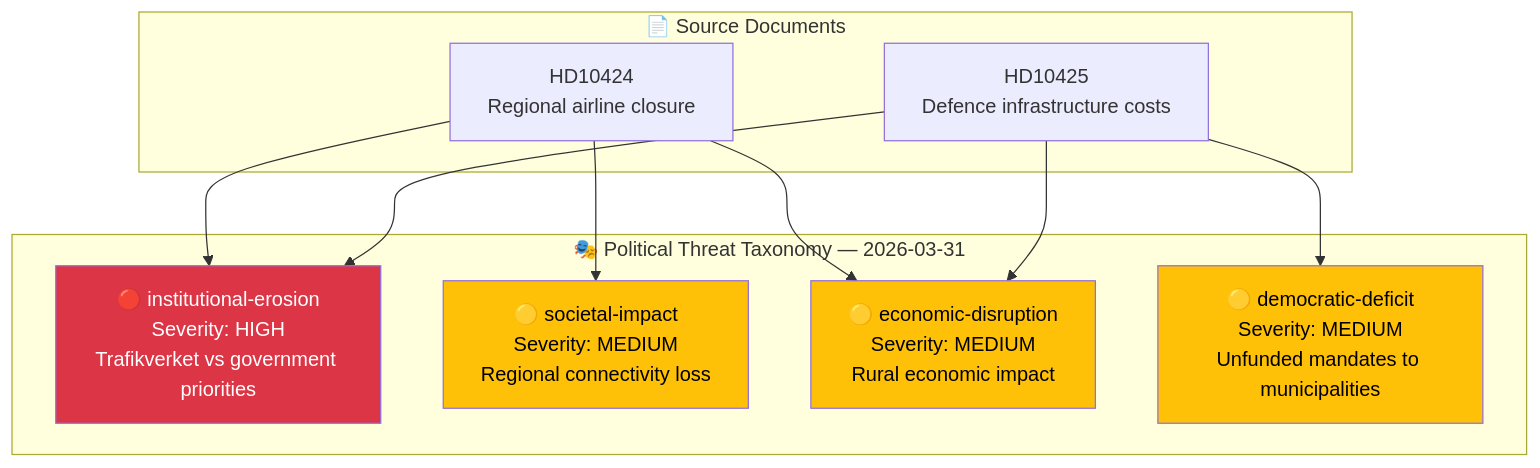
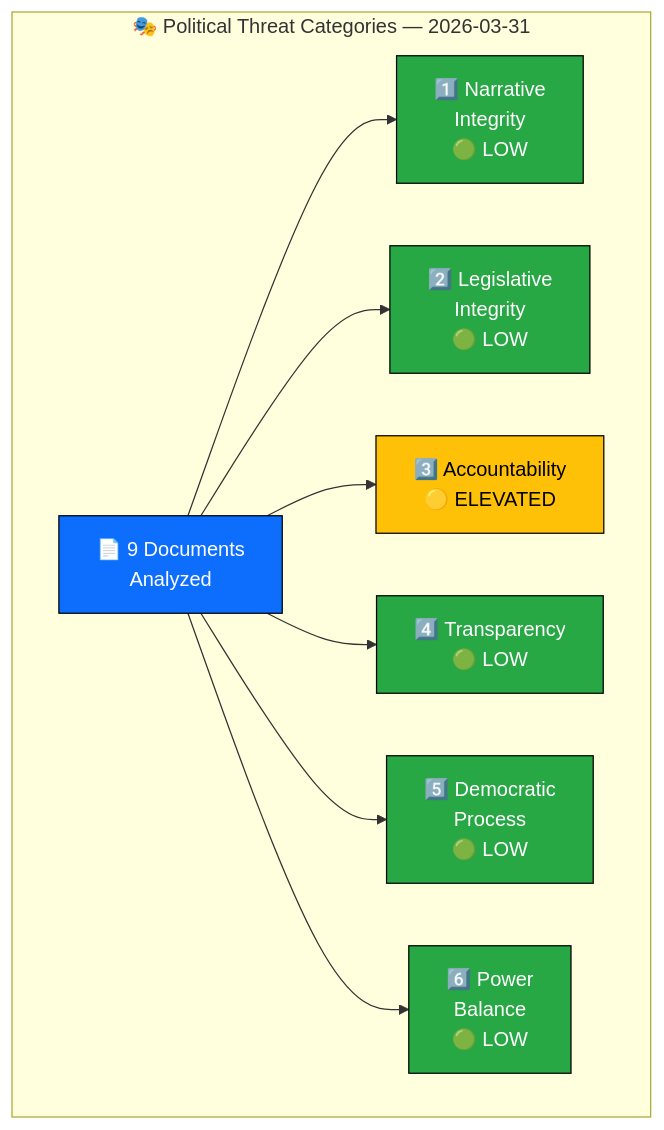
One commit to Hack23/riksdagsmonitor changed the first of 2 diagrams in analysis/daily/2026-03-31/threat-analysis.md. Above: the diagram before and after it, drawn with Mermaid. The commit also changed other lines of this file and 5 other files, not shown here.

````diff
--- a/analysis/daily/2026-03-31/threat-analysis.md
+++ b/analysis/daily/2026-03-31/threat-analysis.md
@@ -12,26 +33,25 @@
 ```mermaid
 graph TD
-    subgraph "🎭 Political Threat Taxonomy — 2026-03-31"
-        IE["🔴 institutional-erosion<br/>Severity: HIGH<br/>Trafikverket vs government priorities"]
-        SI["🟡 societal-impact<br/>Severity: MEDIUM<br/>Regional connectivity loss"]
-        ED["🟡 economic-disruption<br/>Severity: MEDIUM<br/>Rural economic impact"]
-        DD["🟡 democratic-deficit<br/>Severity: MEDIUM<br/>Unfunded mandates to municipalities"]
+    subgraph "🎭 Political Threat Categories — 2026-03-31"
+        T["📄 9 Documents<br/>Analyzed"]
+        NI["1️⃣ Narrative<br/>Integrity<br/>🟢 LOW"]
+        LI["2️⃣ Legislative<br/>Integrity<br/>🟢 LOW"]
+        AC["3️⃣ Accountability<br/>🟡 ELEVATED"]
+        TR["4️⃣ Transparency<br/>🟢 LOW"]
+        DP["5️⃣ Democratic<br/>Process<br/>🟢 LOW"]
+        PB["6️⃣ Power<br/>Balance<br/>🟢 LOW"]
     end
-
-    subgraph "📄 Source Documents"
-        HD24["HD10424<br/>Regional airline closure"]
-        HD25["HD10425<br/>Defence infrastructure costs"]
-    end
-
-    HD24 --> IE
-    HD24 --> SI
-    HD24 --> ED
-    HD25 --> IE
-    HD25 --> DD
-    HD25 --> ED
-
-    style IE fill:#dc3545,color:#fff
-    style SI fill:#ffc107,color:#000
-    style ED fill:#ffc107,color:#000
-    style DD fill:#ffc107,color:#000
+    T --> NI
+    T --> LI
+    T --> AC
+    T --> TR
+    T --> DP
+    T --> PB
+    style T fill:#0d6efd,stroke:#000,color:#fff
+    style NI fill:#28a745,stroke:#000,color:#fff
+    style LI fill:#28a745,stroke:#000,color:#fff
+    style AC fill:#ffc107,stroke:#000,color:#000
+    style TR fill:#28a745,stroke:#000,color:#fff
+    style DP fill:#28a745,stroke:#000,color:#fff
+    style PB fill:#28a745,stroke:#000,color:#fff
 ```
````
